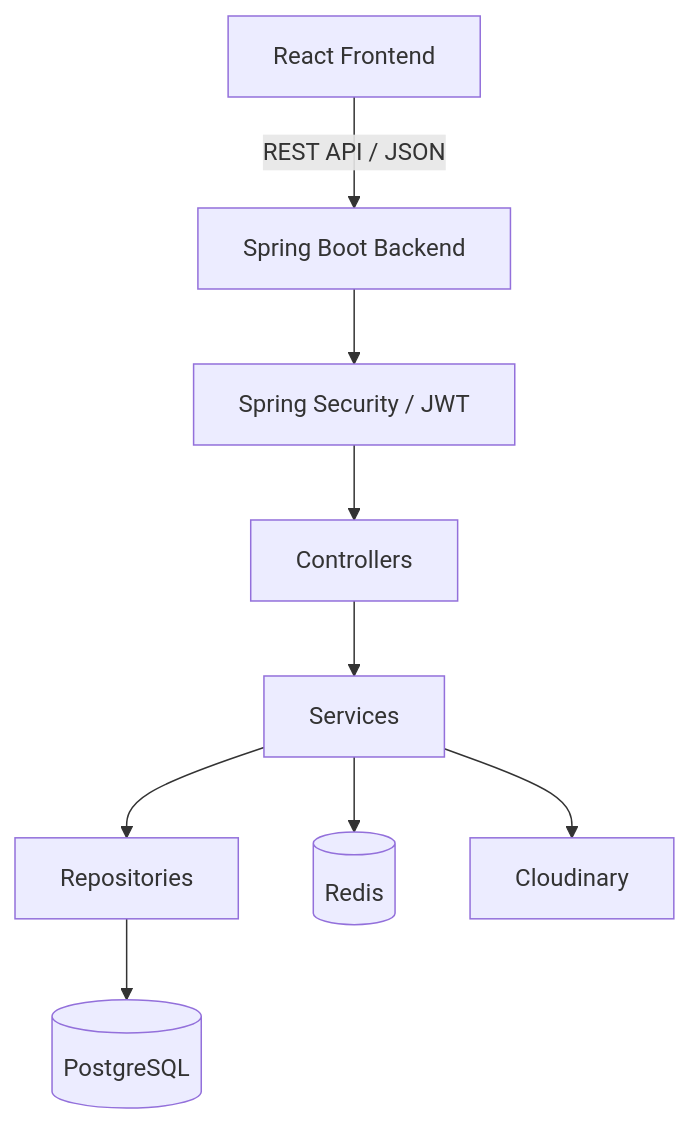
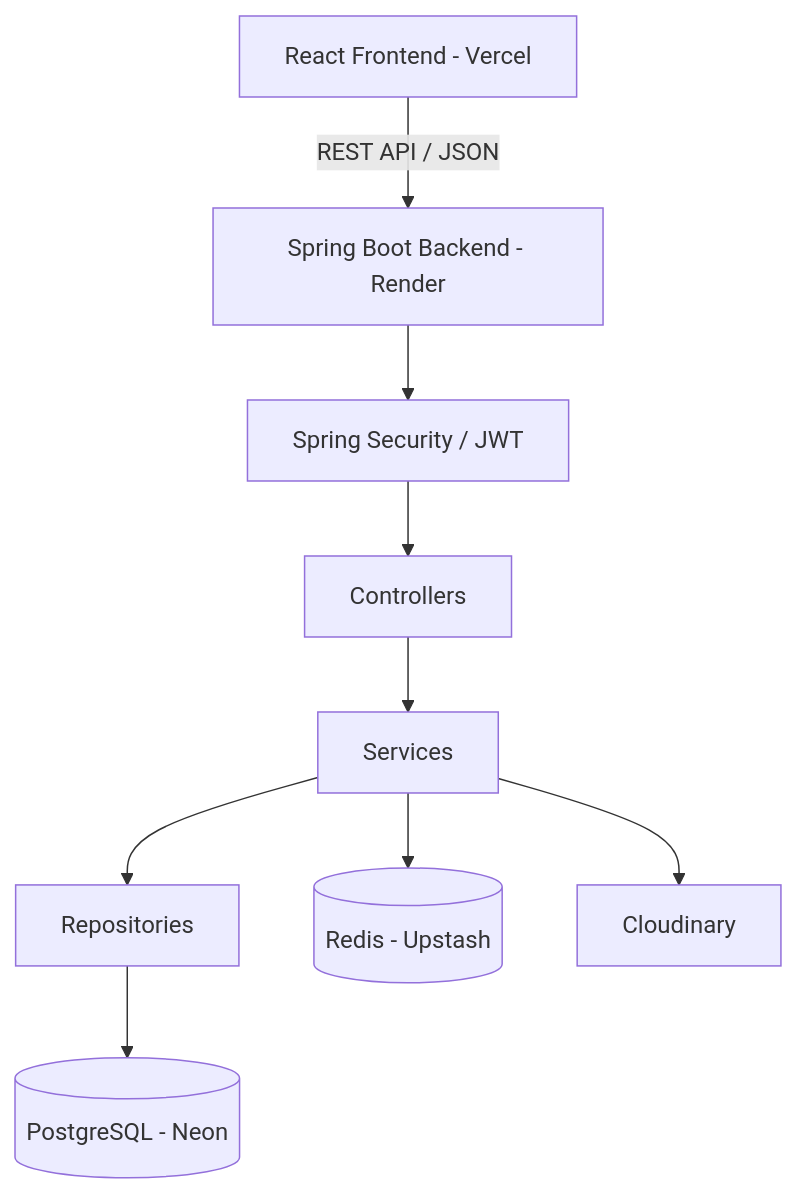
The diagram in README.md (Brian2502/ecommerce-spring-boot), drawn with Mermaid before and after one commit. The commit also changed other lines of this file, not shown here.

````diff
--- a/README.md
+++ b/README.md
@@ -131,11 +143,11 @@
 ```mermaid
 flowchart TD
-    A[React Frontend] -->|REST API / JSON| B[Spring Boot Backend]
+    A[React Frontend - Vercel] -->|REST API / JSON| B[Spring Boot Backend - Render]
     B --> C[Spring Security / JWT]
     C --> D[Controllers]
     D --> E[Services]
     E --> F[Repositories]
-    F --> G[(PostgreSQL)]
-    E --> H[(Redis)]
+    F --> G[(PostgreSQL - Neon)]
+    E --> H[(Redis - Upstash)]
     E --> I[Cloudinary]
 ```
````
